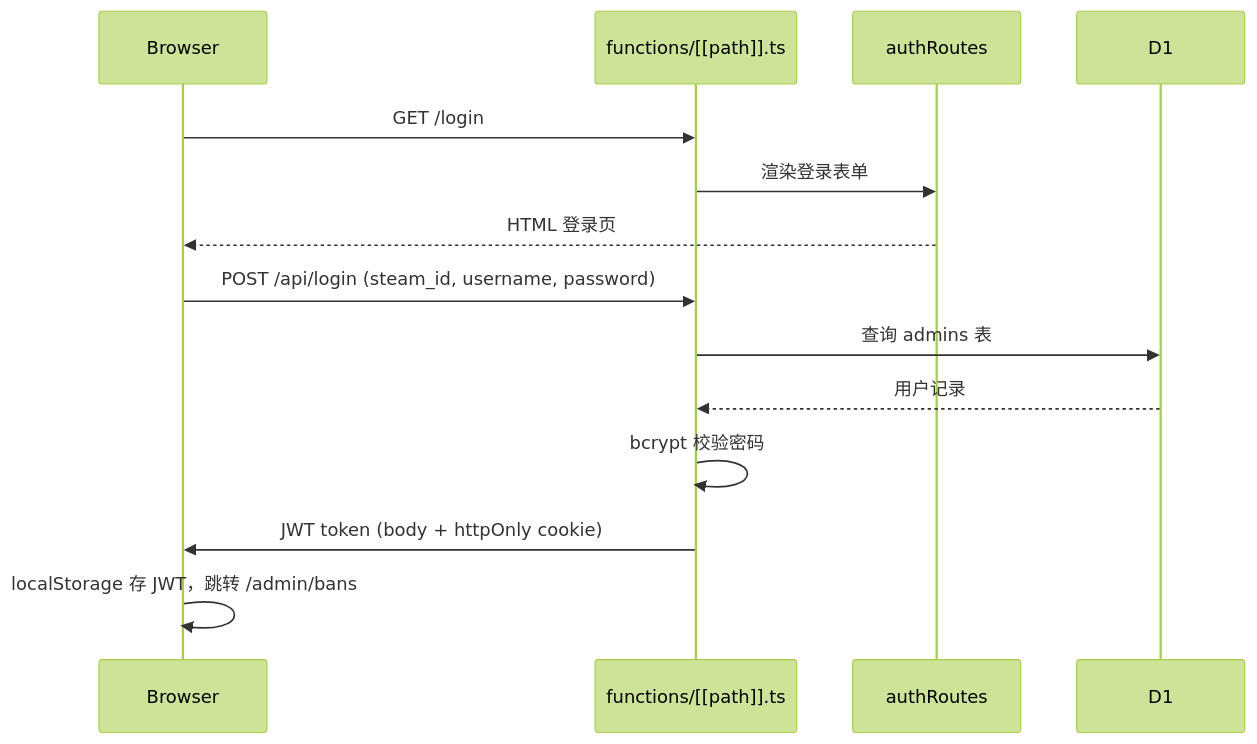
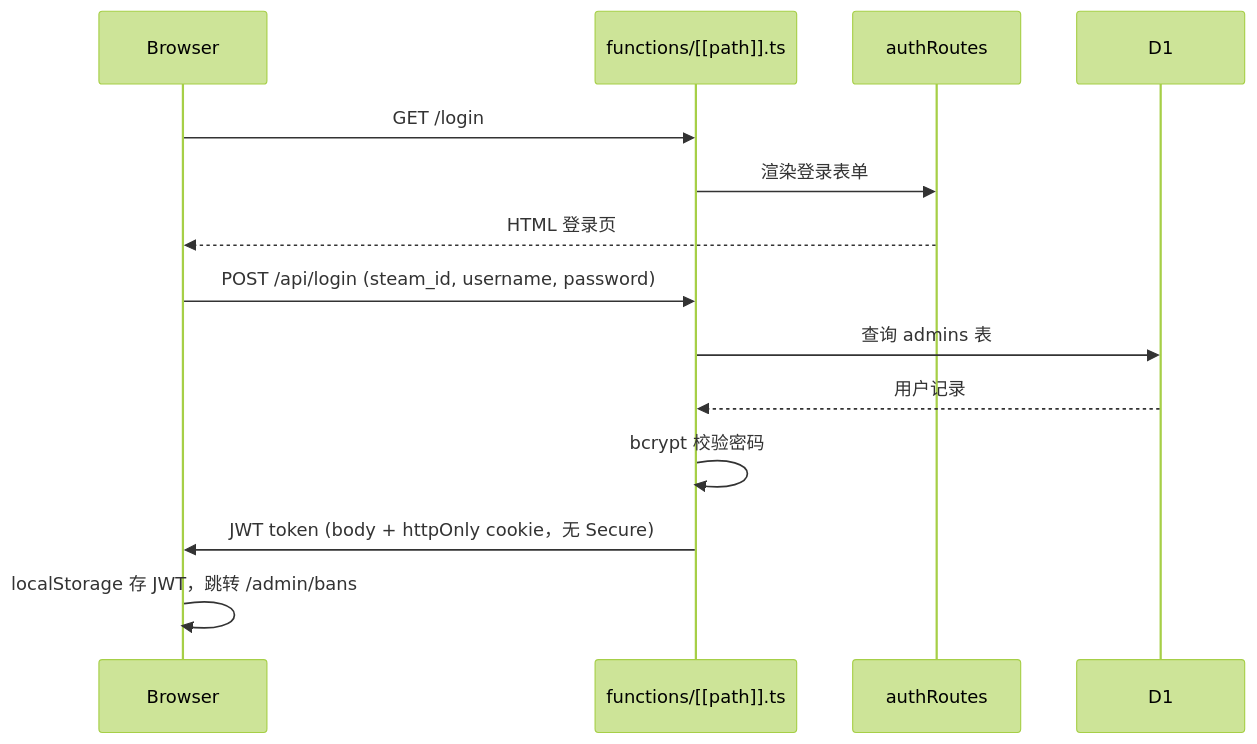
The first of 5 diagrams in docs/project-knowledge/architecture.md (qingranawa/jdcf-ban-list), drawn with Mermaid (forest theme) before and after one commit. The commit also changed other lines of this file and 8 other files, not shown here.

````diff
--- a/docs/project-knowledge/architecture.md
+++ b/docs/project-knowledge/architecture.md
@@ -53,16 +54,16 @@
 ```mermaid
 sequenceDiagram
     participant Browser
     participant Server as functions/[[path]].ts
     participant Auth as authRoutes
     participant DB as D1
     Browser->>Server: GET /login
     Server->>Auth: 渲染登录表单
     Auth-->>Browser: HTML 登录页
     Browser->>Server: POST /api/login (steam_id, username, password)
     Server->>DB: 查询 admins 表
     DB-->>Server: 用户记录
     Server->>Server: bcrypt 校验密码
-    Server->>Browser: JWT token (body + httpOnly cookie)
+    Server->>Browser: JWT token (body + httpOnly cookie，无 Secure)
     Browser->>Browser: localStorage 存 JWT，跳转 /admin/bans
 ```
````
